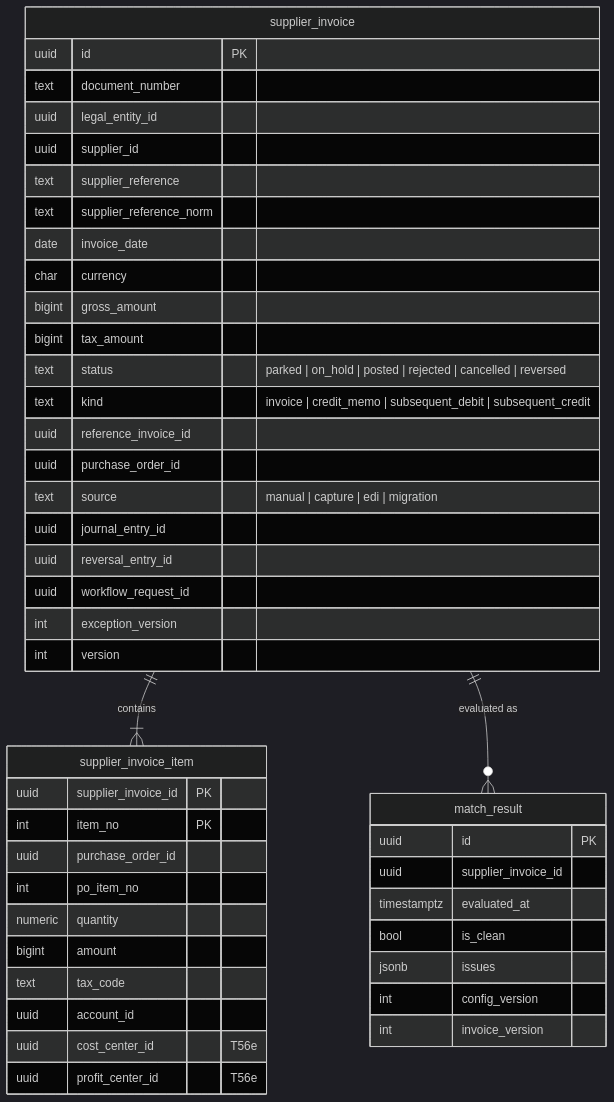
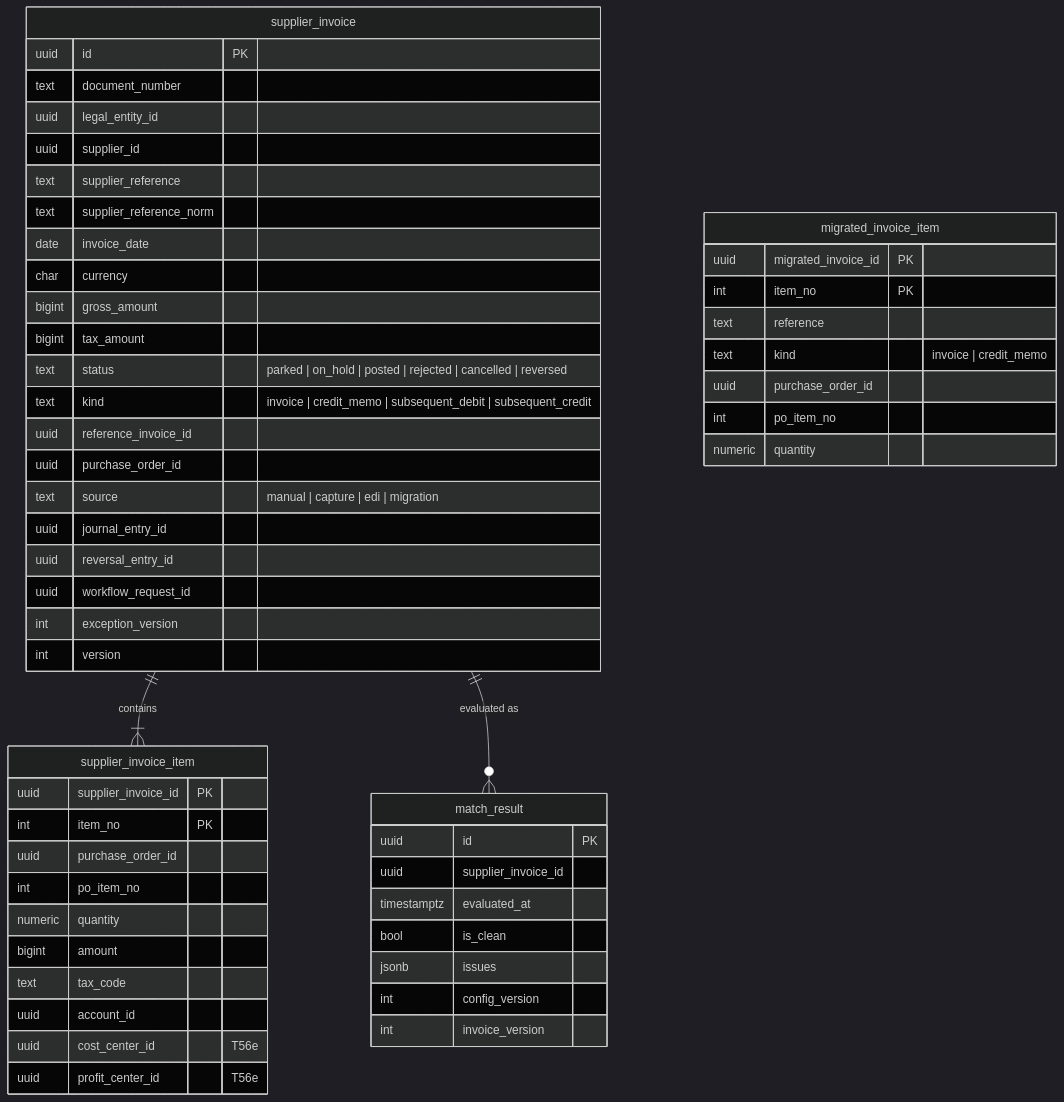
The seventh of 11 diagrams in docs/design/03-data-model.md (mustie7iy/agentic-erp), drawn with Mermaid (dark theme) before and after one commit. The commit also changed other lines of this file and 22 other files, not shown here.

````diff
--- a/docs/design/03-data-model.md
+++ b/docs/design/03-data-model.md
@@ -1409,42 +1409,49 @@
 ```mermaid
 erDiagram
   supplier_invoice ||--|{ supplier_invoice_item : contains
   supplier_invoice ||--o{ match_result : "evaluated as"
   supplier_invoice { uuid id PK
     text document_number
     uuid legal_entity_id
     uuid supplier_id
     text supplier_reference
     text supplier_reference_norm
     date invoice_date
     char currency
     bigint gross_amount
     bigint tax_amount
     text status "parked | on_hold | posted | rejected | cancelled | reversed"
     text kind "invoice | credit_memo | subsequent_debit | subsequent_credit"
     uuid reference_invoice_id
     uuid purchase_order_id
     text source "manual | capture | edi | migration"
     uuid journal_entry_id
     uuid reversal_entry_id
     uuid workflow_request_id
     int exception_version
     int version }
   supplier_invoice_item { uuid supplier_invoice_id PK
     int item_no PK
     uuid purchase_order_id
     int po_item_no
     numeric quantity
     bigint amount
     text tax_code
     uuid account_id
     uuid cost_center_id "T56e"
     uuid profit_center_id "T56e" }
+  migrated_invoice_item { uuid migrated_invoice_id PK
+    int item_no PK
+    text reference
+    text kind "invoice | credit_memo"
+    uuid purchase_order_id
+    int po_item_no
+    numeric quantity }
   match_result { uuid id PK
     uuid supplier_invoice_id
     timestamptz evaluated_at
     bool is_clean
     jsonb issues
     int config_version
     int invoice_version }
 ```
````
